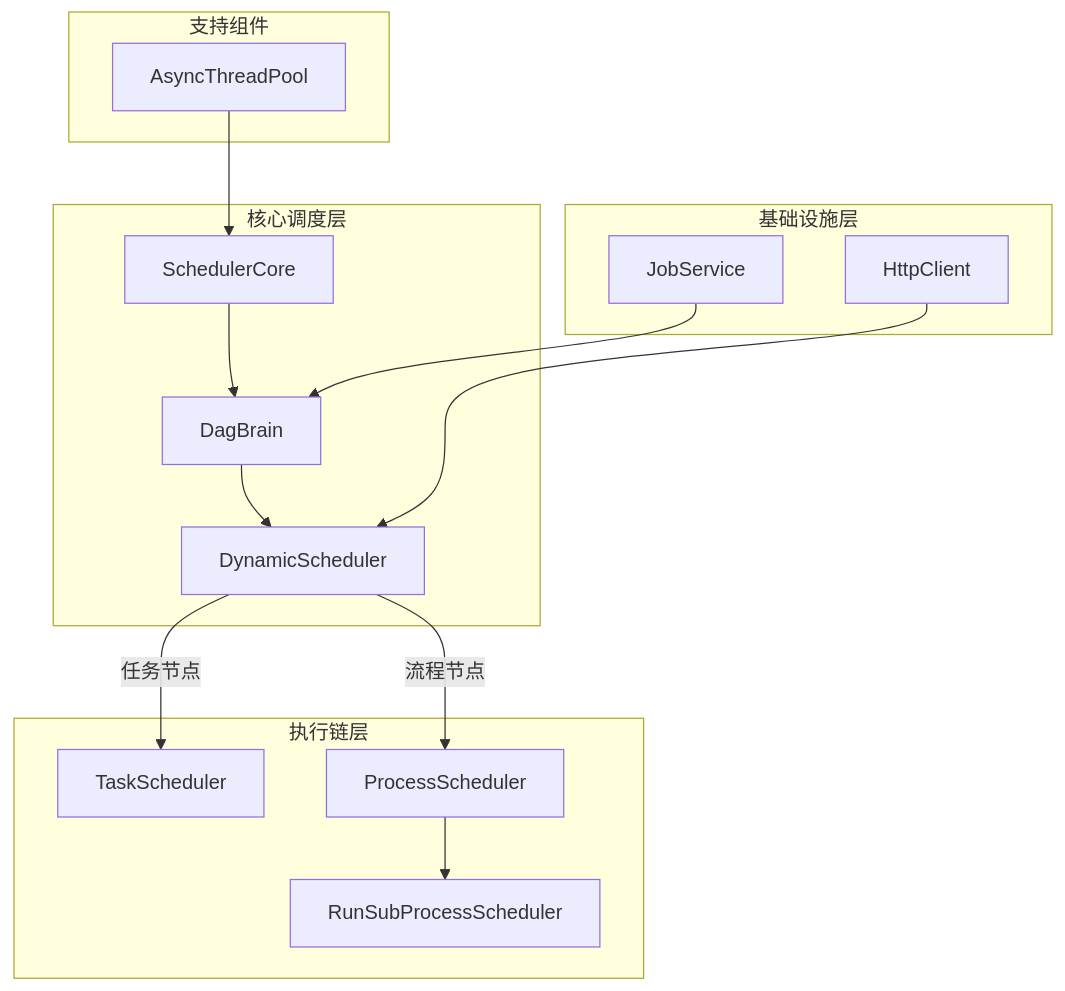
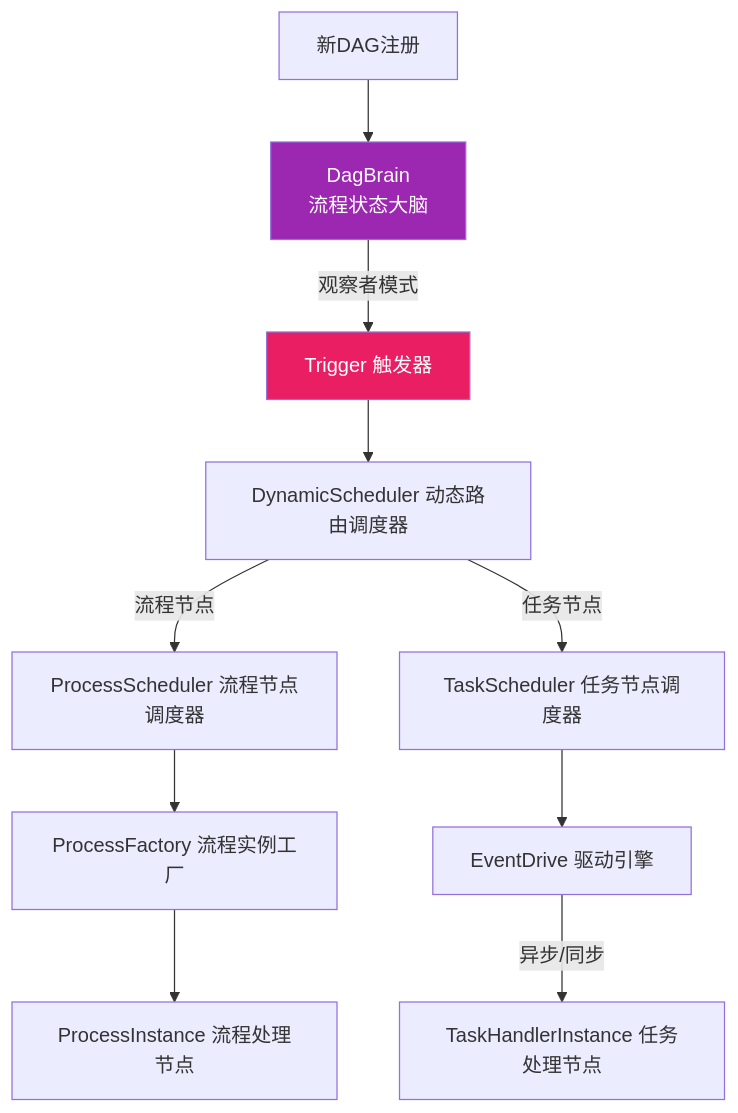
One commit to xsinxcos/Piper-AI changed the diagram in README.md. Above: the diagram before and after it, drawn with Mermaid. The commit also changed 1 other file, not shown here.

Commit message:
update: 更新 README 文件

````diff
--- a/README.md
+++ b/README.md
@@ -7,23 +9,23 @@
 ```mermaid
 graph TD
-    subgraph 核心调度层
-        A[SchedulerCore] --> B[DagBrain]
-        B --> C[DynamicScheduler]
-    end
+    DAG[新DAG注册] --> DagBrain[DagBrain\n流程状态大脑]
+  
+    DagBrain --> |观察者模式| Trigger[Trigger 触发器]
+  
+    Trigger --> DynamicScheduler[DynamicScheduler 动态路由调度器]
+    DynamicScheduler --> |流程节点| ProcessScheduler[ProcessScheduler 流程节点调度器]
+    DynamicScheduler --> |任务节点| TaskScheduler[TaskScheduler 任务节点调度器]
+  
+    ProcessScheduler --> ProcessFactory[ProcessFactory 流程实例工厂]
+    ProcessFactory --> ProcessInstance[ProcessInstance 流程处理节点]
+    TaskScheduler --> EventDrive[EventDrive 驱动引擎]
+    EventDrive --> |异步/同步|TaskHandlerInstance[TaskHandlerInstance 任务处理节点]
 
-    subgraph 执行链层
-        C -->|任务节点| D[TaskScheduler]
-        C -->|流程节点| E[ProcessScheduler]
-        E --> F[RunSubProcessScheduler]
-    end
-
-    subgraph 基础设施层
-        G[JobService] --> B
-        H[HttpClient] --> C
-    end
-
-    subgraph 支持组件
-        I[AsyncThreadPool] --> A
-    end
-
+    classDef brain fill:#9C27B0,color:white
+    classDef trigger fill:#E91E63,color:white
+    classDef chain fill:#009688,color:white
+  
+    class DagBrain brain
+    class Trigger trigger
+    class ChainHandler chain
 ```
````
